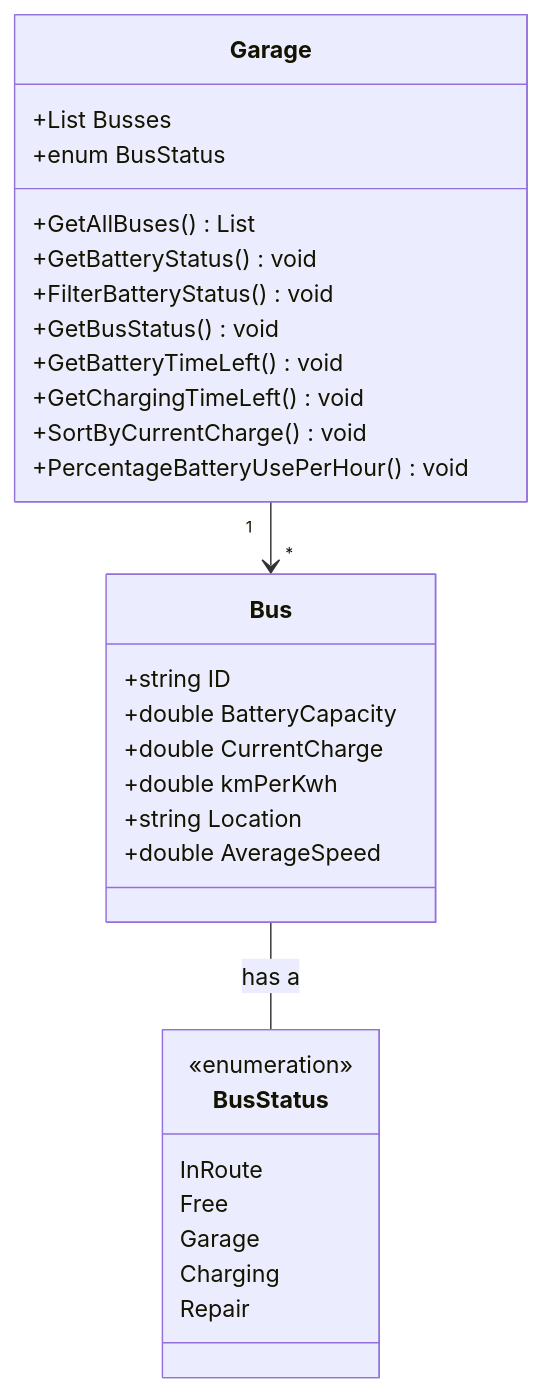
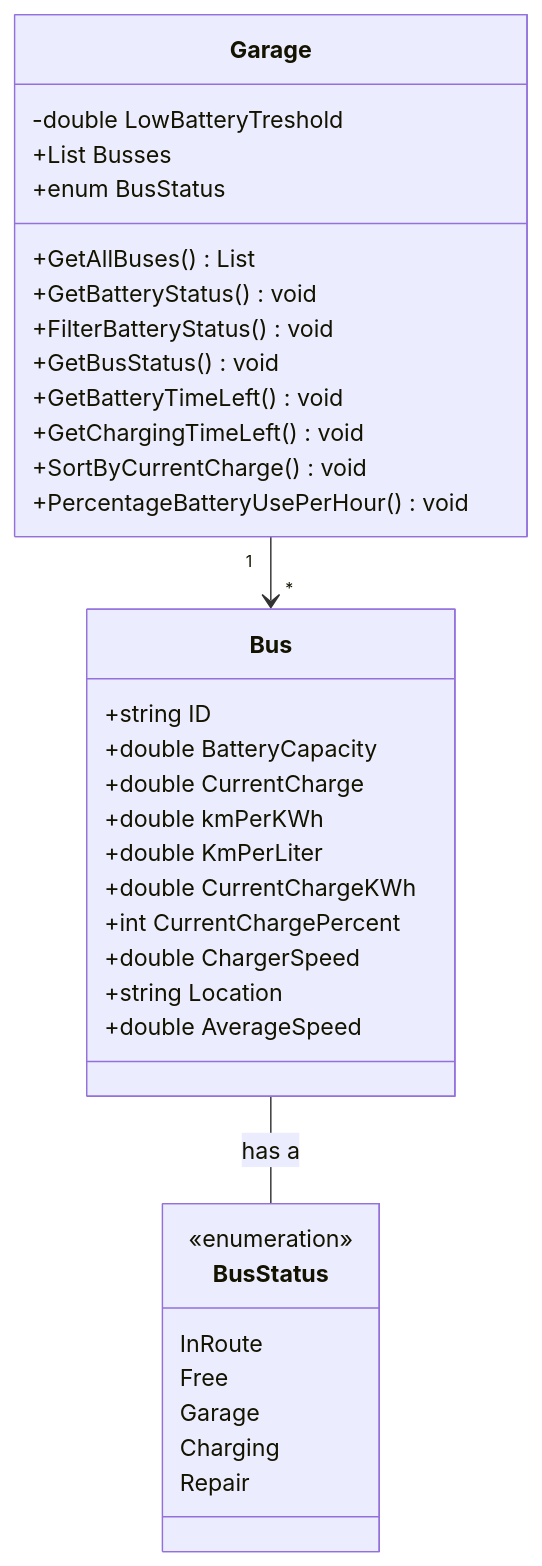
Before and after one commit to Team-14-pa-UCL/Getting-Real2: the diagram in Dokumentation/Iteration 1/Use Case 2/DCD.mmd, drawn with Mermaid. The commit also changed 4 other files, not shown here.

```diff
--- a/Dokumentation/Iteration 1/Use Case 2/DCD.mmd
+++ b/Dokumentation/Iteration 1/Use Case 2/DCD.mmd
@@ -1,34 +1,39 @@
 classDiagram
     class Bus {
         +string ID
         +double BatteryCapacity
         +double CurrentCharge
-        +double kmPerKwh
+        +double kmPerKWh
+        +double KmPerLiter
+        +double CurrentChargeKWh
+        +int CurrentChargePercent
+        +double ChargerSpeed
         +string Location
         +double AverageSpeed
     }
 
     class Garage {
+        -double LowBatteryTreshold
         +List<Bus> Busses
         +enum BusStatus
         +GetAllBuses() List<Bus>
         +GetBatteryStatus() void
         +FilterBatteryStatus() void
         +GetBusStatus() void
         +GetBatteryTimeLeft() void
         +GetChargingTimeLeft() void
         +SortByCurrentCharge() void
         +PercentageBatteryUsePerHour() void
     }
 
     class BusStatus{
         <<enumeration>>
         InRoute
         Free
         Garage
         Charging
         Repair
     }
     
     Garage "1" --> "*" Bus
     Bus -- BusStatus : has a
```
